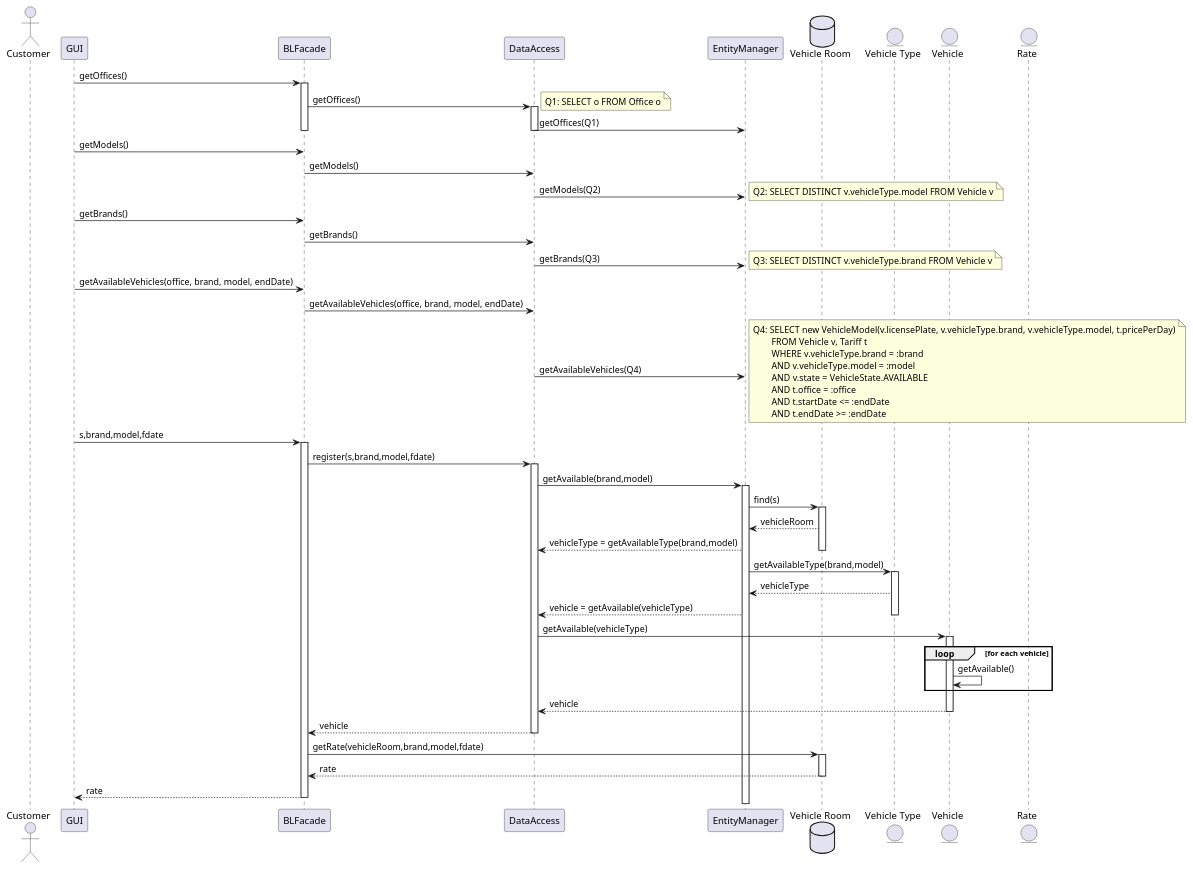
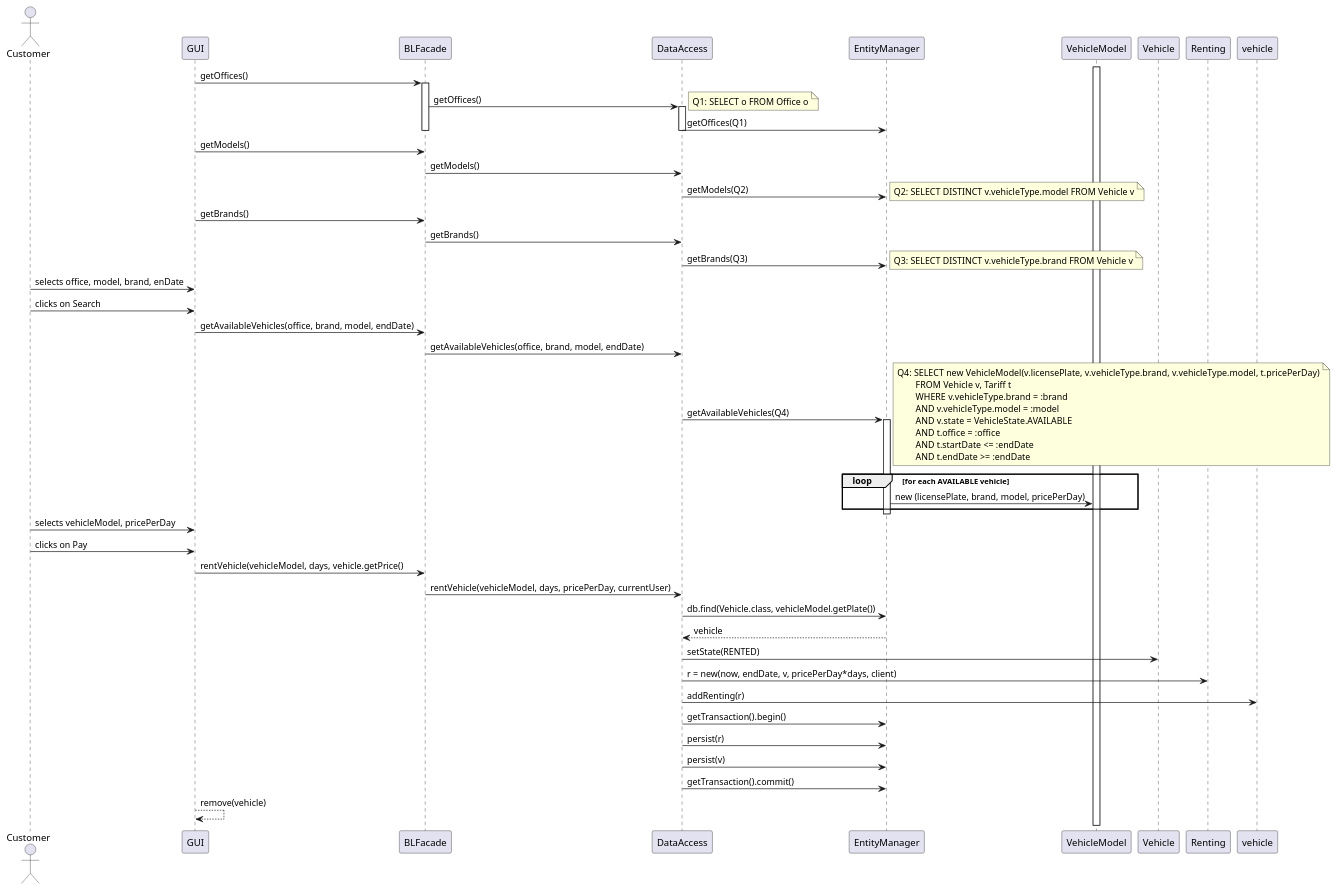
The diagram in doc/rentvehicle.plantuml (juananpe/karkrash), drawn with PlantUML before and after one commit.

Commit message:
Update Sequence Diagram

```diff
--- a/doc/rentvehicle.plantuml
+++ b/doc/rentvehicle.plantuml
@@ -1,87 +1,77 @@
 @startuml
 
 actor Customer as "Customer"
 participant GUI
 participant "BLFacade" as BLFacade
 participant "DataAccess" as DataAccess
 participant "EntityManager" as EntityManager
-database "Vehicle Room" as VehicleRoom
-entity "Vehicle Type" as VehicleType
-entity Vehicle
-entity "Rate" as Rate
+participant "VehicleModel" as VehicleModel
 
 GUI -> BLFacade : getOffices()
 activate BLFacade
 BLFacade -> DataAccess : getOffices()
   note right
     Q1: SELECT o FROM Office o
   end note
 activate DataAccess
 DataAccess -> EntityManager : getOffices(Q1)
 deactivate DataAccess
 deactivate BLFacade
 
 
 GUI -> BLFacade : getModels()
 BLFacade -> DataAccess : getModels()
 DataAccess -> EntityManager : getModels(Q2)
   note right
     Q2: SELECT DISTINCT v.vehicleType.model FROM Vehicle v
   end note
 
 
 GUI -> BLFacade : getBrands()
 BLFacade -> DataAccess : getBrands()
 DataAccess -> EntityManager : getBrands(Q3)
   note right
     Q3: SELECT DISTINCT v.vehicleType.brand FROM Vehicle v
   end note
 
+Customer -> GUI : selects office, model, brand, enDate
+Customer -> GUI: clicks on Search
 GUI -> BLFacade : getAvailableVehicles(office, brand, model, endDate)
 BLFacade -> DataAccess : getAvailableVehicles(office, brand, model, endDate)
 DataAccess -> EntityManager : getAvailableVehicles(Q4)
-  note right
+note right
     Q4: SELECT new VehicleModel(v.licensePlate, v.vehicleType.brand, v.vehicleType.model, t.pricePerDay)
             FROM Vehicle v, Tariff t
             WHERE v.vehicleType.brand = :brand
             AND v.vehicleType.model = :model
             AND v.state = VehicleState.AVAILABLE
             AND t.office = :office
             AND t.startDate <= :endDate
             AND t.endDate >= :endDate
-  end note
+end note
+activate EntityManager
+loop for each AVAILABLE vehicle
+EntityManager -> VehicleModel: new (licensePlate, brand, model, pricePerDay)
+end loop
+activate VehicleModel
+deactivate EntityManager
+
+Customer -> GUI: selects vehicleModel, pricePerDay
+Customer -> GUI: clicks on Pay
+GUI -> BLFacade: rentVehicle(vehicleModel, days, vehicle.getPrice()
+BLFacade -> DataAccess: rentVehicle(vehicleModel, days, pricePerDay, currentUser)
+DataAccess -> EntityManager: db.find(Vehicle.class, vehicleModel.getPlate())
+EntityManager --> DataAccess: vehicle
+DataAccess -> Vehicle: setState(RENTED)
+DataAccess -> Renting: r = new(now, endDate, v, pricePerDay*days, client)
+DataAccess -> vehicle: addRenting(r)
+DataAccess -> EntityManager: getTransaction().begin()
+DataAccess -> EntityManager: persist(r)
+DataAccess -> EntityManager: persist(v)
+DataAccess -> EntityManager: getTransaction().commit()
 
 
-GUI -> BLFacade : s,brand,model,fdate
-activate BLFacade
-BLFacade -> DataAccess : register(s,brand,model,fdate)
-activate DataAccess
-DataAccess -> EntityManager : getAvailable(brand,model)
-activate EntityManager
-EntityManager -> VehicleRoom : find(s)
-activate VehicleRoom
-VehicleRoom --> EntityManager : vehicleRoom
-EntityManager --> DataAccess : vehicleType = getAvailableType(brand,model)
-deactivate VehicleRoom
-EntityManager -> VehicleType : getAvailableType(brand,model)
-activate VehicleType
-VehicleType --> EntityManager : vehicleType
-EntityManager --> DataAccess : vehicle = getAvailable(vehicleType)
-deactivate VehicleType
-DataAccess -> Vehicle : getAvailable(vehicleType)
-activate Vehicle
-loop for each vehicle
-    Vehicle -> Vehicle : getAvailable()
-end
-Vehicle --> DataAccess : vehicle
-deactivate Vehicle
-DataAccess --> BLFacade : vehicle
-deactivate DataAccess
-BLFacade -> VehicleRoom : getRate(vehicleRoom,brand,model,fdate)
-activate VehicleRoom
-VehicleRoom --> BLFacade : rate
-deactivate VehicleRoom
-BLFacade --> GUI : rate
-deactivate BLFacade
+
+GUI --> GUI: remove(vehicle)
 
 @enduml
```
